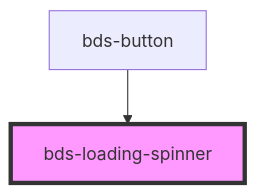
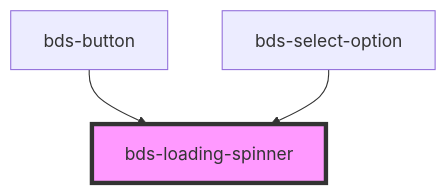
The diagram in src/components/loading-spinner/readme.md (takenet/blip-ds), drawn with Mermaid before and after one commit. The commit also changed other lines of this file and 12 other files, not shown here.

Commit message:
feat(select-options): add new prop in select-options to enable loading

````diff
--- a/src/components/loading-spinner/readme.md
+++ b/src/components/loading-spinner/readme.md
@@ -25,5 +26,6 @@
 ```mermaid
 graph TD;
   bds-button --> bds-loading-spinner
+  bds-select-option --> bds-loading-spinner
   style bds-loading-spinner fill:#f9f,stroke:#333,stroke-width:4px
 ```
````
